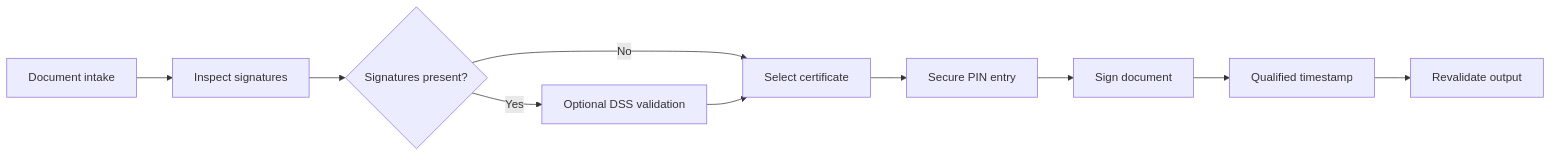
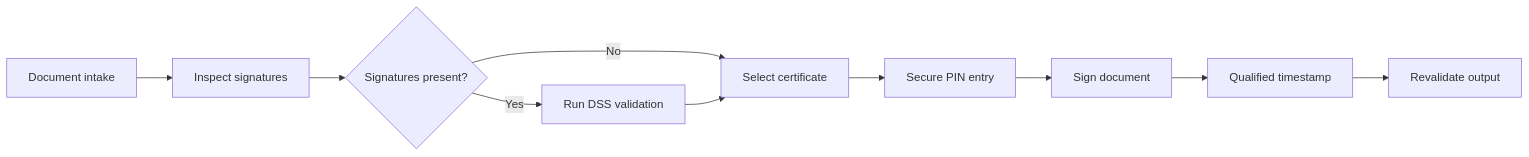
One commit to originalmagneto/autogram-macOS changed the diagram in README.md. Above: the diagram before and after it, drawn with Mermaid. The commit also changed other lines of this file and 1 other file, not shown here.

````diff
--- a/README.md
+++ b/README.md
@@ -47,12 +47,12 @@
 ```mermaid
 flowchart LR
     A[Document intake] --> B[Inspect signatures]
     B --> C{Signatures present?}
-    C -->|Yes| D[Optional DSS validation]
+    C -->|Yes| D[Run DSS validation]
     C -->|No| E[Select certificate]
     D --> E
     E --> F[Secure PIN entry]
     F --> G[Sign document]
     G --> H[Qualified timestamp]
     H --> I[Revalidate output]
 ```
````
